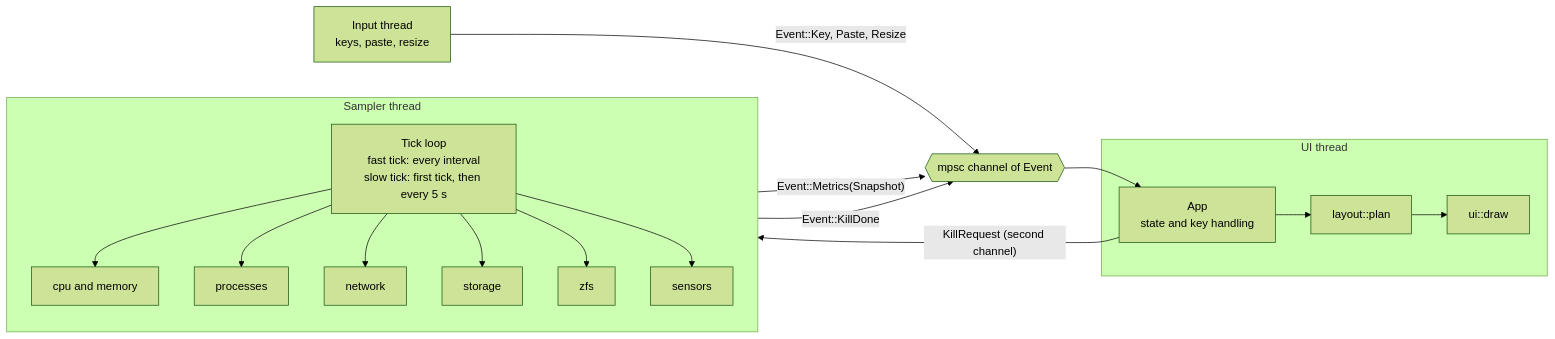
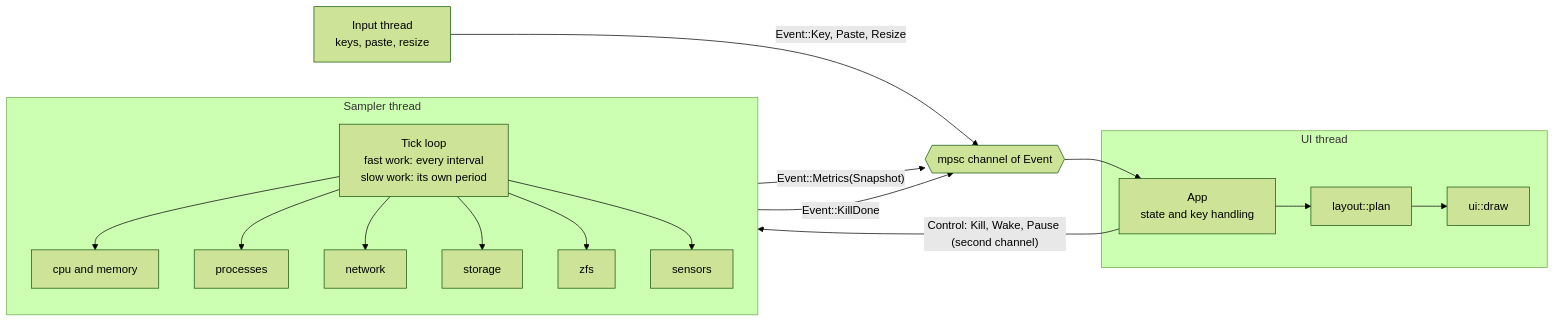
The first of 4 diagrams in docs/architecture.md (DarkWaveLabs/rtop), drawn with Mermaid (forest theme) before and after one commit. The commit also changed other lines of this file and 7 other files, not shown here.

````diff
--- a/docs/architecture.md
+++ b/docs/architecture.md
@@ -9,34 +9,34 @@
 ```mermaid
 flowchart LR
     subgraph sampler["Sampler thread"]
-        tick["Tick loop<br/>fast tick: every interval<br/>slow tick: first tick, then every 5 s"]
+        tick["Tick loop<br/>fast work: every interval<br/>slow work: its own period"]
         cpu["cpu and memory"]
         procs["processes"]
         net["network"]
         stor["storage"]
         zfs["zfs"]
         sens["sensors"]
         tick --> cpu
         tick --> procs
         tick --> net
         tick --> stor
         tick --> zfs
         tick --> sens
     end
 
     inp["Input thread<br/>keys, paste, resize"]
     chan{{"mpsc channel of Event"}}
 
     subgraph ui["UI thread"]
         app["App<br/>state and key handling"]
         plan["layout::plan"]
         draw["ui::draw"]
         app --> plan --> draw
     end
 
     sampler -- "Event::Metrics(Snapshot)" --> chan
     inp -- "Event::Key, Paste, Resize" --> chan
     chan --> app
-    app -- "KillRequest (second channel)" --> sampler
+    app -- "Control: Kill, Wake, Pause (second channel)" --> sampler
     sampler -- "Event::KillDone" --> chan
 ```
````
